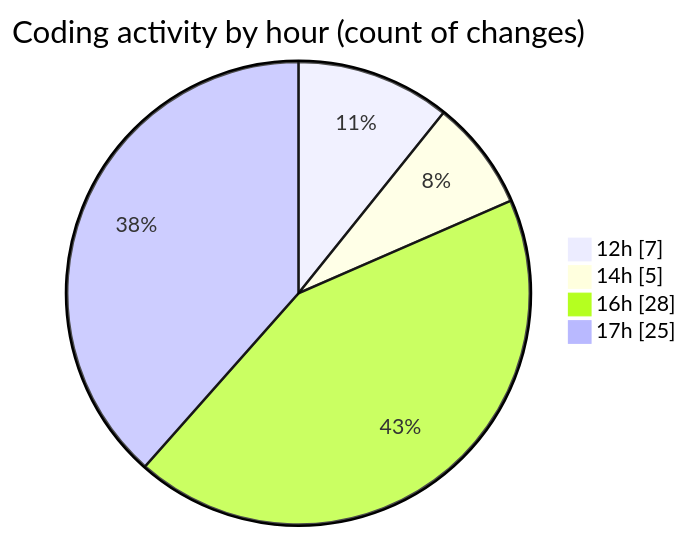
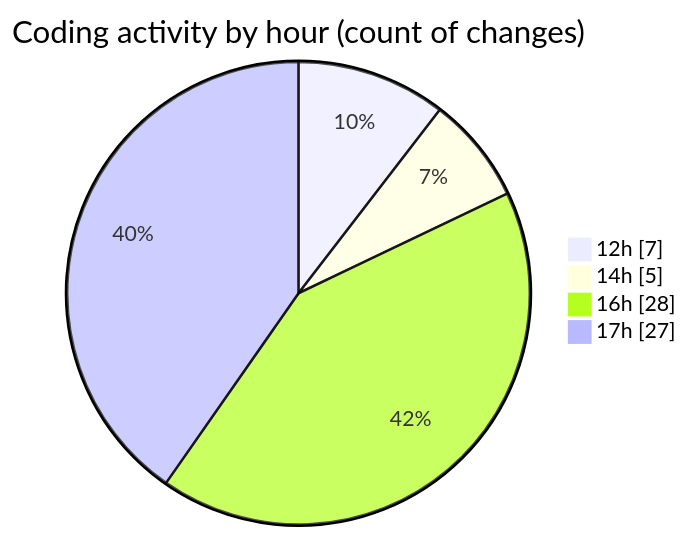
Before and after one commit to julien-gomy/code-tracking: the second of 2 diagrams in 2025-10-06/eventscop-frontend-guide__workspace_/README.md, drawn with Mermaid. The commit also changed other lines of this file and 1 other file, not shown here.

````diff
--- a/2025-10-06/eventscop-frontend-guide__workspace_/README.md
+++ b/2025-10-06/eventscop-frontend-guide__workspace_/README.md
@@ -58,8 +58,8 @@
 ```mermaid
 pie showData
 title Coding activity by hour (count of changes)
 "12h" : 7
 "14h" : 5
 "16h" : 28
-"17h" : 25
+"17h" : 27
 ```
````
